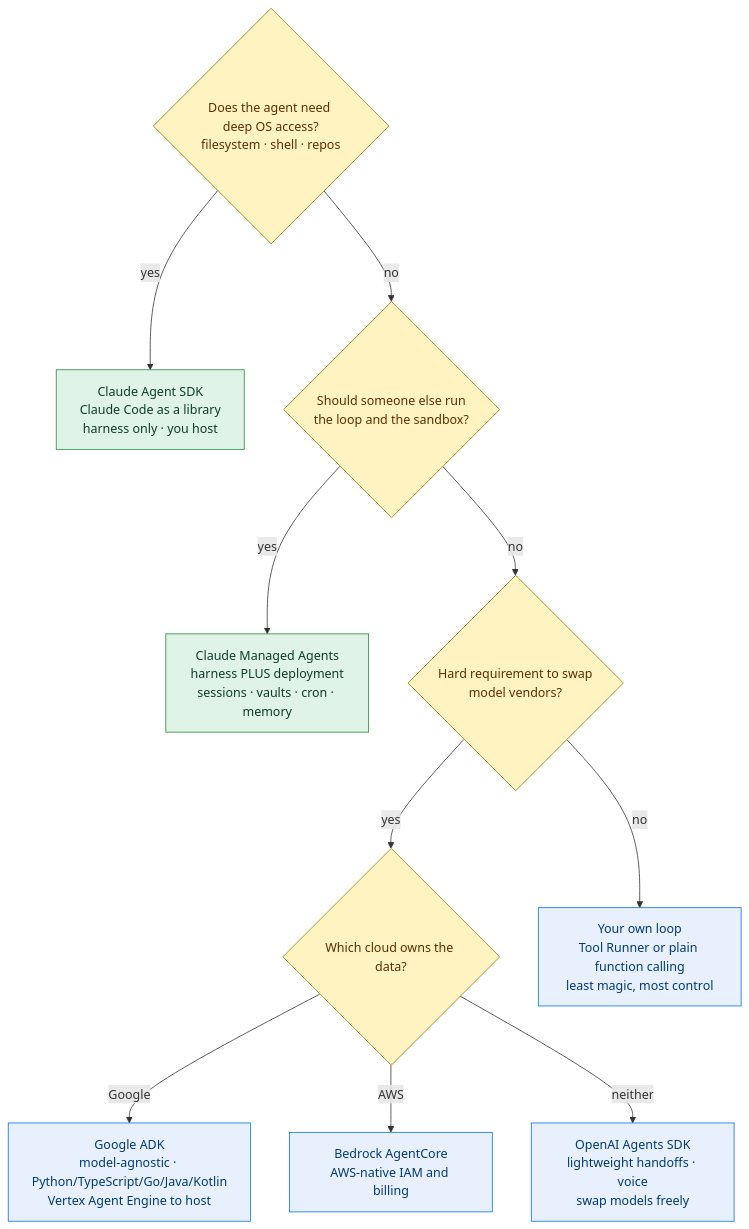
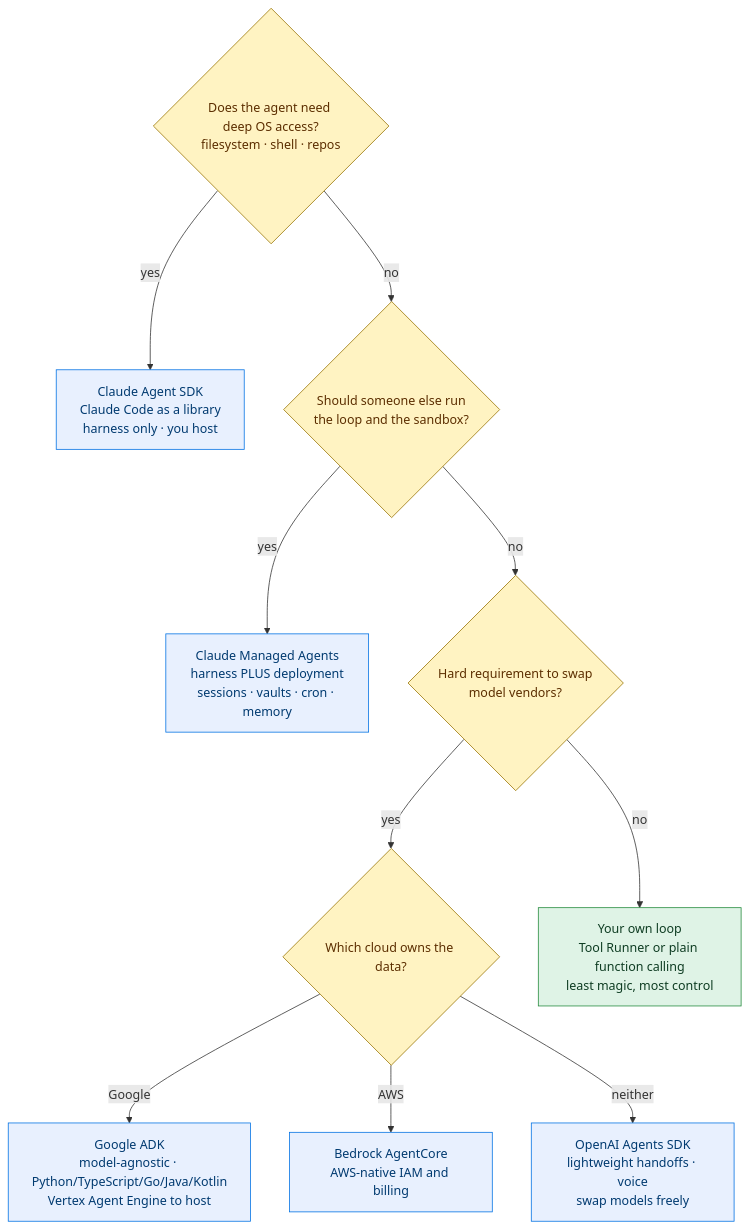
Before and after one commit to mlvpatel/open-weight-agent-stack: diagram 20 of 20 in MANUAL.md, drawn with Mermaid. The commit also changed other lines of this file and 56 other files, not shown here.

````diff
--- a/MANUAL.md
+++ b/MANUAL.md
@@ -1717,23 +1841,23 @@
 ```mermaid
 flowchart TB
     Q1{"Does the agent need deep OS access?<br/>filesystem · shell · repos"}
     Q1 -->|yes| CASDK["Claude Agent SDK<br/>Claude Code as a library<br/>harness only · you host"]
     Q1 -->|no| Q2{"Should someone else run<br/>the loop and the sandbox?"}
 
     Q2 -->|yes| CMA["Claude Managed Agents<br/>harness PLUS deployment<br/>sessions · vaults · cron · memory"]
     Q2 -->|no| Q3{"Hard requirement to swap<br/>model vendors?"}
 
     Q3 -->|yes| Q4{"Which cloud owns the data?"}
     Q3 -->|no| OWN["Your own loop<br/>Tool Runner or plain function calling<br/>least magic, most control"]
 
     Q4 -->|Google| ADK["Google ADK<br/>model-agnostic · Python/TypeScript/Go/Java/Kotlin<br/>Vertex Agent Engine to host"]
     Q4 -->|AWS| BR["Bedrock AgentCore<br/>AWS-native IAM and billing"]
     Q4 -->|neither| OAI["OpenAI Agents SDK<br/>lightweight handoffs · voice<br/>swap models freely"]
 
     classDef q fill:#fff3c2,stroke:#997404,color:#5c2e00
     classDef pick fill:#dff3e6,stroke:#248a3d,color:#0f3d23
     classDef alt fill:#e8f0fe,stroke:#0071e3,color:#003a70
     class Q1,Q2,Q3,Q4 q
-    class CASDK,CMA pick
-    class ADK,BR,OAI,OWN alt
+    class CASDK,CMA,ADK,BR,OAI alt
+    class OWN pick
 ```
````
